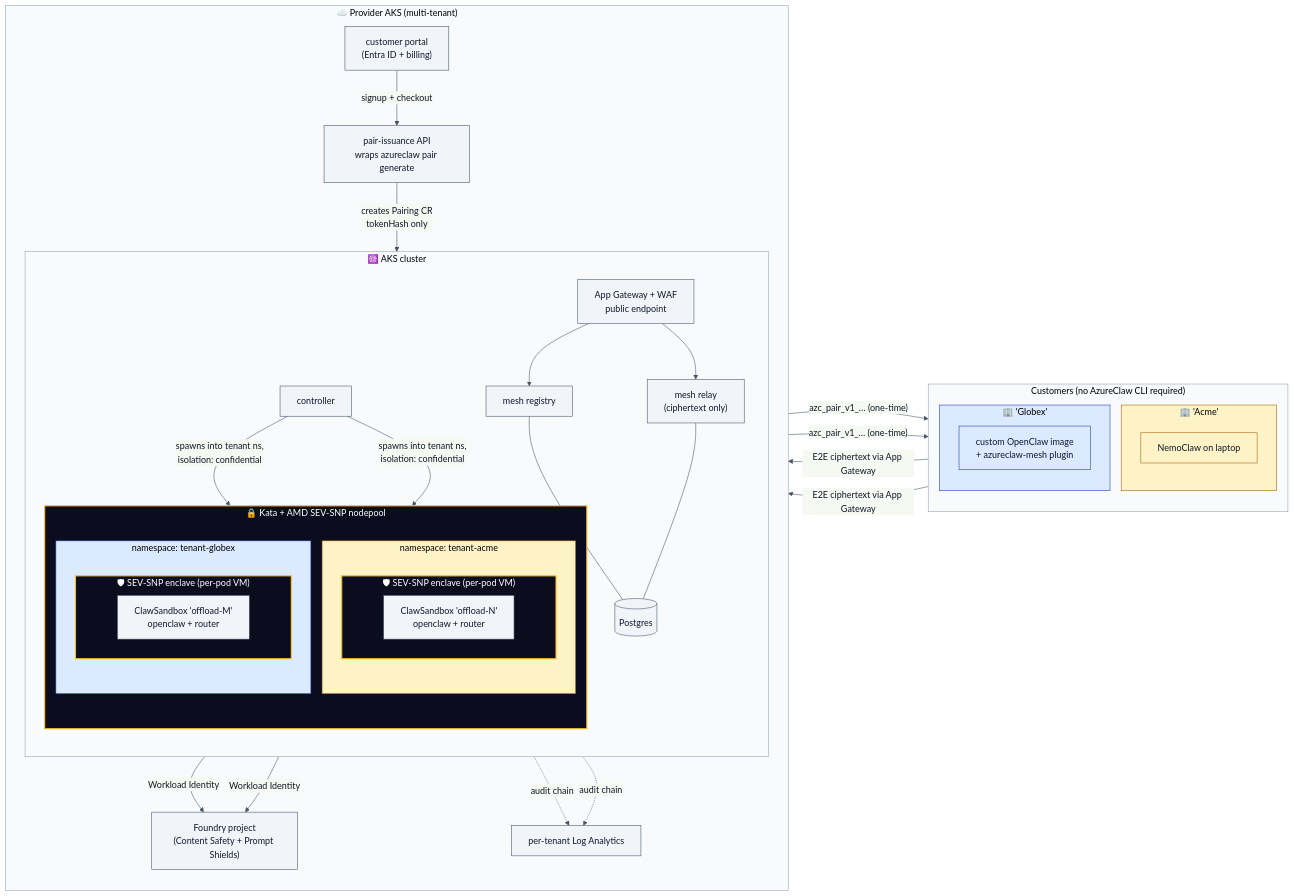
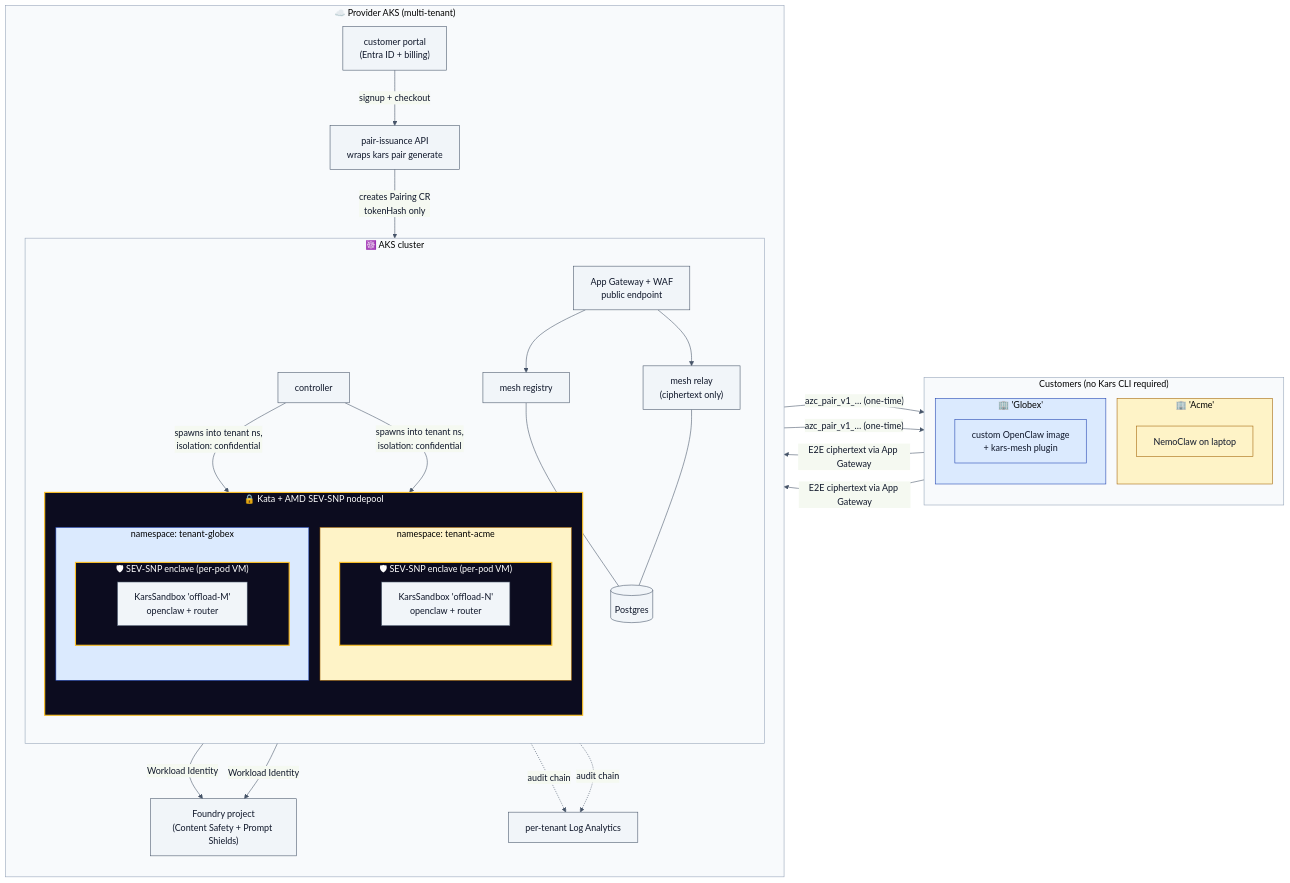
The first of 4 diagrams in docs/blueprints/03-managed-public-offload.md (lachie83/kars), drawn with Mermaid before and after one commit. The commit also changed other lines of this file and 694 other files, not shown here.

````diff
--- a/docs/blueprints/03-managed-public-offload.md
+++ b/docs/blueprints/03-managed-public-offload.md
@@ -30,71 +30,71 @@
 ```mermaid
 %%{init: {'theme':'base','themeVariables':{'primaryColor':'#f1f5f9','primaryBorderColor':'#475569','primaryTextColor':'#0f172a','lineColor':'#475569','clusterBkg':'#f8fafc','clusterBorder':'#94a3b8','fontFamily':'-apple-system, BlinkMacSystemFont, Segoe UI, sans-serif'}}}%%
 flowchart LR
-  subgraph Customers["Customers (no AzureClaw CLI required)"]
+  subgraph Customers["Customers (no Kars CLI required)"]
     direction TB
     subgraph Cust1["🏢 'Acme'"]
       A1["NemoClaw on laptop"]
     end
     subgraph Cust2["🏢 'Globex'"]
-      G1["custom OpenClaw image<br/>+ azureclaw-mesh plugin"]
+      G1["custom OpenClaw image<br/>+ kars-mesh plugin"]
     end
   end
 
   subgraph Provider["☁️ Provider AKS (multi-tenant)"]
     direction TB
     Portal["customer portal<br/>(Entra ID + billing)"]
-    PairAPI["pair-issuance API<br/>wraps azureclaw pair generate"]
+    PairAPI["pair-issuance API<br/>wraps kars pair generate"]
 
     subgraph AKS["☸️ AKS cluster"]
       direction TB
       AGW["App Gateway + WAF<br/>public endpoint"]
       Reg["mesh registry"]
       Rly["mesh relay<br/>(ciphertext only)"]
       PG[("Postgres")]
       Ctrl["controller"]
 
       subgraph KataPool["🔒 Kata + AMD SEV-SNP nodepool"]
         direction TB
         subgraph T1NS["namespace: tenant-acme"]
           subgraph T1Encl["🛡 SEV-SNP enclave (per-pod VM)"]
-            T1SBX["ClawSandbox 'offload-N'<br/>openclaw + router"]
+            T1SBX["KarsSandbox 'offload-N'<br/>openclaw + router"]
           end
         end
         subgraph T2NS["namespace: tenant-globex"]
           subgraph T2Encl["🛡 SEV-SNP enclave (per-pod VM)"]
-            T2SBX["ClawSandbox 'offload-M'<br/>openclaw + router"]
+            T2SBX["KarsSandbox 'offload-M'<br/>openclaw + router"]
           end
         end
       end
     end
 
     Fnd["Foundry project<br/>(Content Safety + Prompt Shields)"]
     Mon["per-tenant Log Analytics"]
   end
 
   Portal -->|"signup + checkout"| PairAPI
   PairAPI -->|"azc_pair_v1_… (one-time)"| Cust1
   PairAPI -->|"azc_pair_v1_… (one-time)"| Cust2
   PairAPI -->|"creates Pairing CR<br/>tokenHash only"| Ctrl
 
   A1 -->|"E2E ciphertext via App Gateway"| AGW
   G1 -->|"E2E ciphertext via App Gateway"| AGW
   AGW --> Reg
   AGW --> Rly
   Reg --- PG
   Rly --- PG
 
   Ctrl -->|"spawns into tenant ns,<br/>isolation: confidential"| T1Encl
   Ctrl -->|"spawns into tenant ns,<br/>isolation: confidential"| T2Encl
   T1Encl -->|"Workload Identity"| Fnd
   T2Encl -->|"Workload Identity"| Fnd
   T1Encl -.->|"audit chain"| Mon
   T2Encl -.->|"audit chain"| Mon
 
   classDef tenant1 fill:#fef3c7,stroke:#a16207;
   classDef tenant2 fill:#dbeafe,stroke:#1e40af;
   classDef enclave fill:#0c0c1f,stroke:#fbbf24,color:#fff,stroke-width:2px;
   class T1NS,Cust1,A1 tenant1;
   class T2NS,Cust2,G1 tenant2;
   class T1Encl,T2Encl,KataPool enclave;
 ```
````
